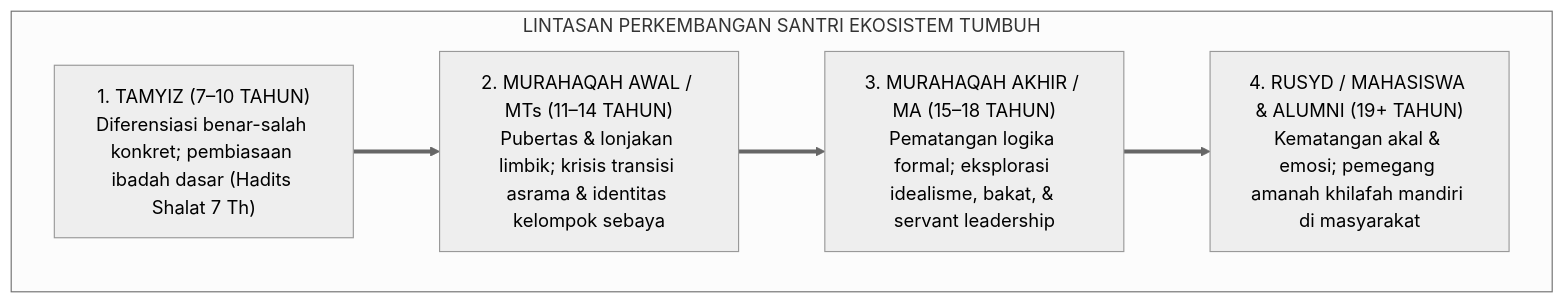
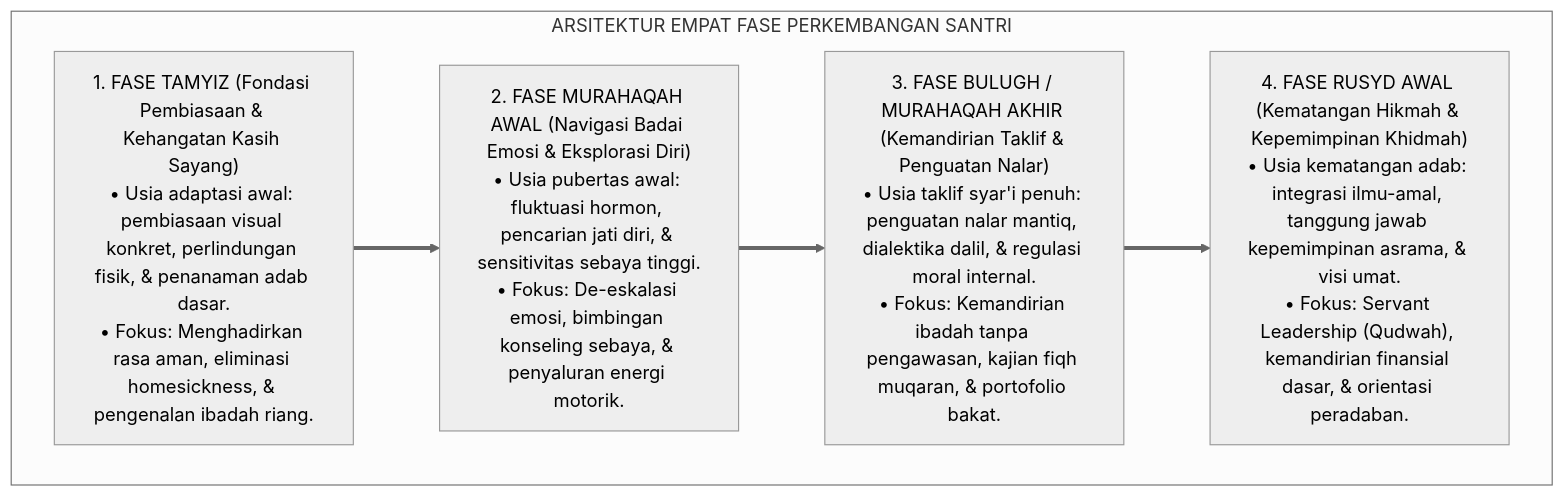
One commit to wandiapriliyandi/tumbuh changed the second of 4 diagrams in 01 Philosophy/03 Human Development/P1-03-02-Fase-dan-Lintasan-Perkembangan-Santri.md. Above: the diagram before and after it, drawn with Mermaid (neutral theme). The commit also changed other lines of this file and 7 other files, not shown here.

````diff
--- a/01 Philosophy/03 Human Development/P1-03-02-Fase-dan-Lintasan-Perkembangan-Santri.md
+++ b/01 Philosophy/03 Human Development/P1-03-02-Fase-dan-Lintasan-Perkembangan-Santri.md
@@ -62,14 +113,15 @@
 ```mermaid
 flowchart TD
-    subgraph TrajektoriPerkembanganTUMBUH["LINTASAN PERKEMBANGAN SANTRI EKOSISTEM TUMBUH"]
-        Tamyiz["1. TAMYIZ (7–10 TAHUN)<br/>Diferensiasi benar-salah konkret; pembiasaan ibadah dasar (Hadits Shalat 7 Th)"]
+    subgraph ArsitekturLintasanPerkembanganTUMBUH["ARSITEKTUR EMPAT FASE PERKEMBANGAN SANTRI"]
         
-        MurahaqahAwal["2. MURAHAQAH AWAL / MTs (11–14 TAHUN)<br/>Pubertas & lonjakan limbik; krisis transisi asrama & identitas kelompok sebaya"]
+        Fase1["1. FASE TAMYIZ (Fondasi Pembiasaan & Kehangatan Kasih Sayang)<br/>• Usia adaptasi awal: pembiasaan visual konkret, perlindungan fisik, & penanaman adab dasar.<br/>• Fokus: Menghadirkan rasa aman, eliminasi homesickness, & pengenalan ibadah riang."]
         
-        MurahaqahAkhir["3. MURAHAQAH AKHIR / MA (15–18 TAHUN)<br/>Pematangan logika formal; eksplorasi idealisme, bakat, & servant leadership"]
+        Fase2["2. FASE MURAHAQAH AWAL (Navigasi Badai Emosi & Eksplorasi Diri)<br/>• Usia pubertas awal: fluktuasi hormon, pencarian jati diri, & sensitivitas sebaya tinggi.<br/>• Fokus: De-eskalasi emosi, bimbingan konseling sebaya, & penyaluran energi motorik."]
         
-        Rusyd["4. RUSYD / MAHASISWA & ALUMNI (19+ TAHUN)<br/>Kematangan akal & emosi; pemegang amanah khilafah mandiri di masyarakat"]
+        Fase3["3. FASE BULUGH / MURAHAQAH AKHIR (Kemandirian Taklif & Penguatan Nalar)<br/>• Usia taklif syar'i penuh: penguatan nalar mantiq, dialektika dalil, & regulasi moral internal.<br/>• Fokus: Kemandirian ibadah tanpa pengawasan, kajian fiqh muqaran, & portofolio bakat."]
         
-        Tamyiz ==> MurahaqahAwal ==> MurahaqahAkhir ==> Rusyd
+        Fase4["4. FASE RUSYD AWAL (Kematangan Hikmah & Kepemimpinan Khidmah)<br/>• Usia kematangan adab: integrasi ilmu-amal, tanggung jawab kepemimpinan asrama, & visi umat.<br/>• Fokus: Servant Leadership (Qudwah), kemandirian finansial dasar, & orientasi peradaban."]
+        
+        Fase1 ==> Fase2 ==> Fase3 ==> Fase4
     end
 ```
````
